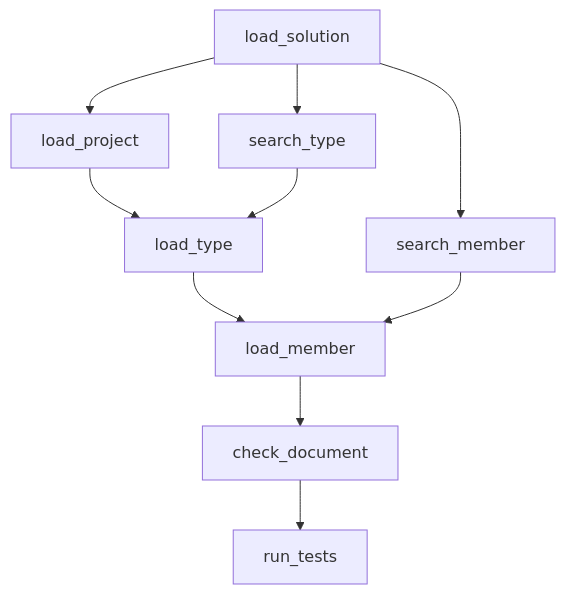
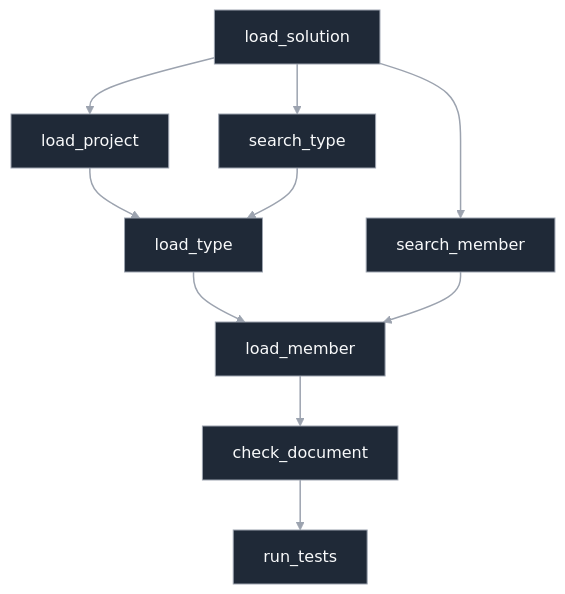
Before and after one commit to bob-clawd/RoslynMcp: the diagram in README.md, drawn with Mermaid.

````diff
--- a/README.md
+++ b/README.md
@@ -60,15 +60,20 @@
 ```mermaid
+%%{init: {"theme": "base", "themeVariables": { "background": "transparent" }}}%%
 flowchart TD
     ls[load_solution] --> lp[load_project]
     lp --> lt[load_type]
     lt --> lm[load_member]
 
     ls --> st[search_type]
     ls --> sm[search_member]
 
     st --> lt
     sm --> lm
 
     lm --> cd[check_document]
     cd --> rt[run_tests]
+
+    classDef tool fill:#1f2937,stroke:#9ca3af,color:#f9fafb;
+    class ls,lp,lt,lm,st,sm,cd,rt tool;
+    linkStyle default stroke:#9ca3af,stroke-width:1.5px;
 ```
````
